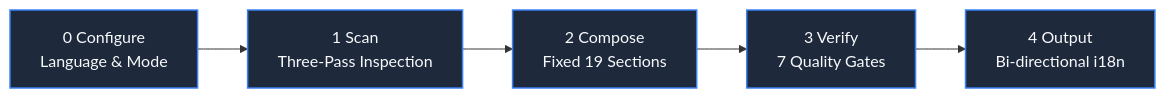
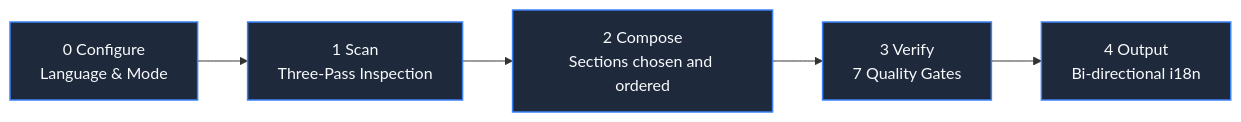
One commit to LINJIANG12/general-readme-skill changed the diagram in README.en.md. Above: the diagram before and after it, drawn with Mermaid. The commit also changed other lines of this file and 8 other files, not shown here.

````diff
--- a/README.en.md
+++ b/README.en.md
@@ -136,9 +136,9 @@
 ```mermaid
 flowchart LR
     P0["0 Configure<br/>Language & Mode"] --> P1["1 Scan<br/>Three-Pass Inspection"]
-    P1 --> P2["2 Compose<br/>Fixed 19 Sections"]
+    P1 --> P2["2 Compose<br/>Sections chosen and ordered"]
     P2 --> P3["3 Verify<br/>7 Quality Gates"]
     P3 --> P4["4 Output<br/>Bi-directional i18n"]
 
     classDef default fill:#1e293b,stroke:#3b82f6,stroke-width:1.5px,color:#f8fafc;
 ```
````
